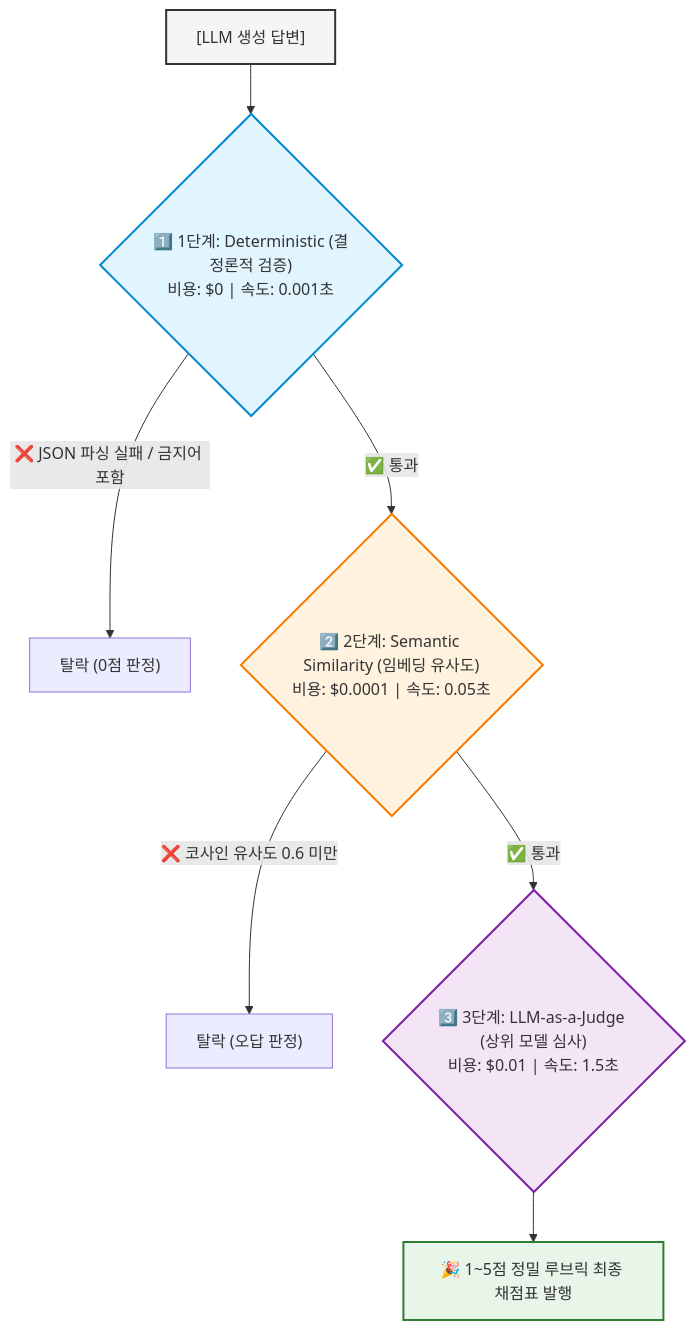
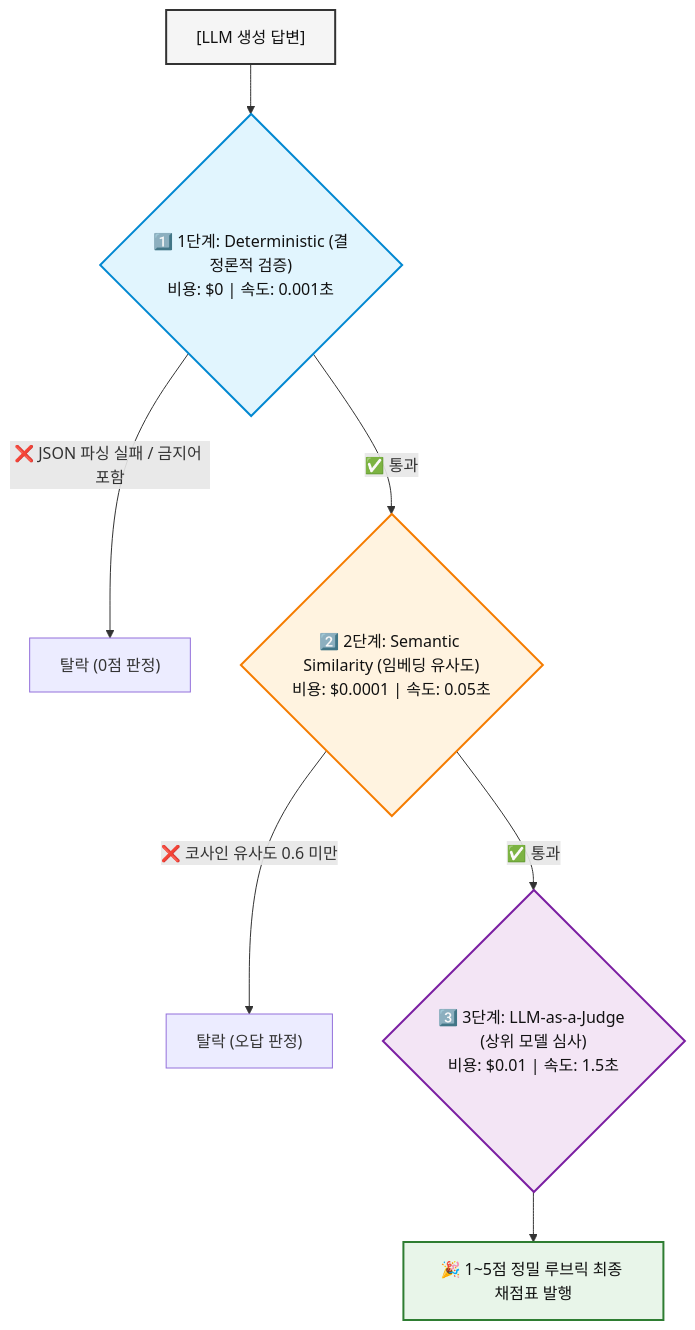
The diagram in materials/08_evaluation_harness.md (eooiea/AI-Engineering), drawn with Mermaid before and after one commit. The commit also changed 5 other files, not shown here.

First line of the commit message:
style: 다크모드 대응을 위한 Mermaid 다이어그램 텍스트 색상 수정

````diff
--- a/materials/08_evaluation_harness.md
+++ b/materials/08_evaluation_harness.md
@@ -53,18 +53,18 @@
 ```mermaid
 flowchart TD
     A["[LLM 생성 답변]"] --> L1{"1️⃣ 1단계: Deterministic (결정론적 검증)<br/>비용: $0 | 속도: 0.001초"}
     
     L1 -- "❌ JSON 파싱 실패 / 금지어 포함" --> F1["탈락 (0점 판정)"]
     L1 -- "✅ 통과" --> L2{"2️⃣ 2단계: Semantic Similarity (임베딩 유사도)<br/>비용: $0.0001 | 속도: 0.05초"}
     
     L2 -- "❌ 코사인 유사도 0.6 미만" --> F2["탈락 (오답 판정)"]
     L2 -- "✅ 통과" --> L3{"3️⃣ 3단계: LLM-as-a-Judge (상위 모델 심사)<br/>비용: $0.01 | 속도: 1.5초"}
     
     L3 --> Pass["🎉 1~5점 정밀 루브릭 최종 채점표 발행"]
 
-    style A fill:#f5f5f5,stroke:#333,stroke-width:2px
-    style L1 fill:#e1f5fe,stroke:#0288d1,stroke-width:2px
-    style L2 fill:#fff3e0,stroke:#f57c00,stroke-width:2px
-    style L3 fill:#f3e5f5,stroke:#7b1fa2,stroke-width:2px
-    style Pass fill:#e8f5e9,stroke:#2e7d32,stroke-width:2px
+    style A fill:#f5f5f5,stroke:#333,stroke-width:2px,color:#111111
+    style L1 fill:#e1f5fe,stroke:#0288d1,stroke-width:2px,color:#111111
+    style L2 fill:#fff3e0,stroke:#f57c00,stroke-width:2px,color:#111111
+    style L3 fill:#f3e5f5,stroke:#7b1fa2,stroke-width:2px,color:#111111
+    style Pass fill:#e8f5e9,stroke:#2e7d32,stroke-width:2px,color:#111111
 ```
````
